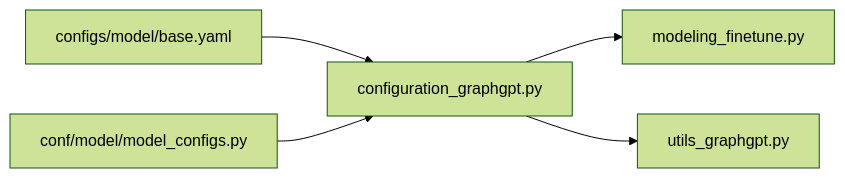
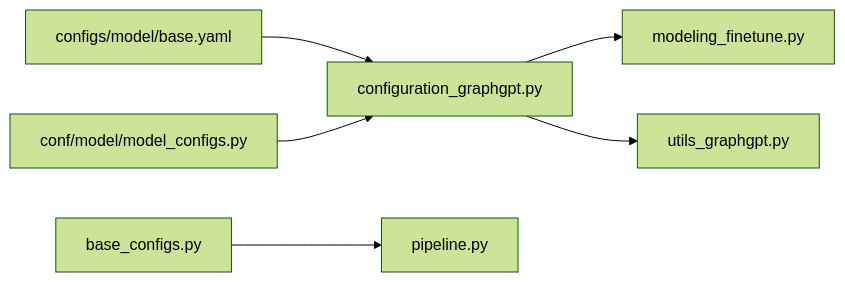
Before and after one commit to alibaba/graph-gpt: the sixth of 10 diagrams in .qoder/repowiki/en/content/Model Architecture/Fine-tuning Models.md, drawn with Mermaid (forest theme). The commit also changed other lines of this file and 7 other files, not shown here.

````diff
--- a/.qoder/repowiki/en/content/Model Architecture/Fine-tuning Models.md
+++ b/.qoder/repowiki/en/content/Model Architecture/Fine-tuning Models.md
@@ -246,7 +267,8 @@
 ```mermaid
 graph LR
 MB["configs/model/base.yaml"] --> CG["configuration_graphgpt.py"]
 MCfg["conf/model/model_configs.py"] --> CG
 CG --> MF["modeling_finetune.py"]
 CG --> MU["utils_graphgpt.py"]
+TC["base_configs.py"] --> PIPE["pipeline.py"]
 ```
````
